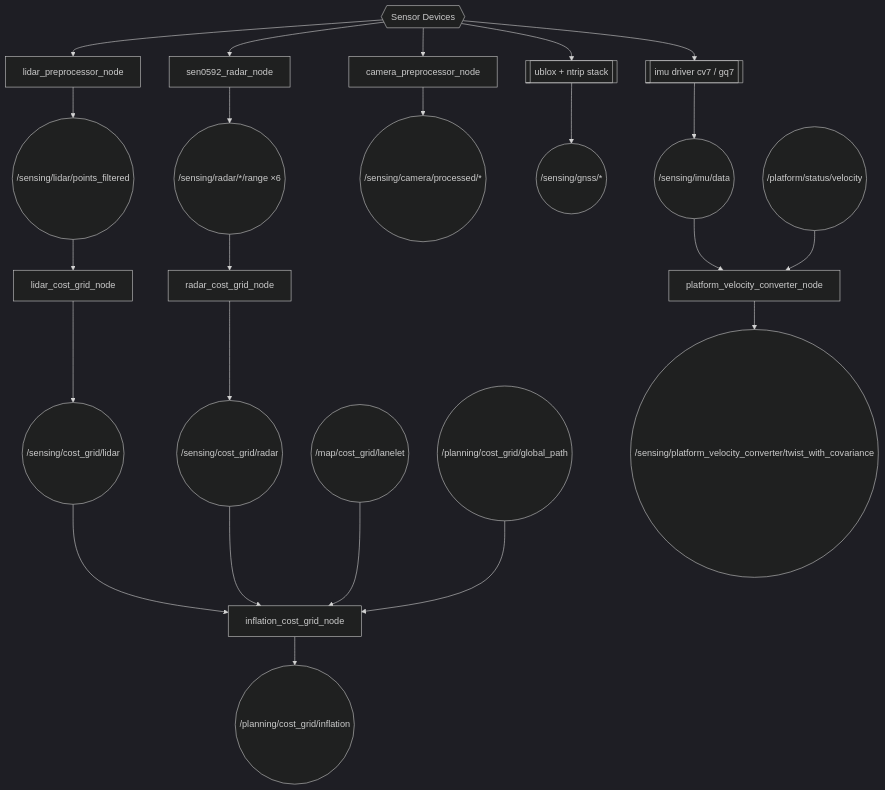
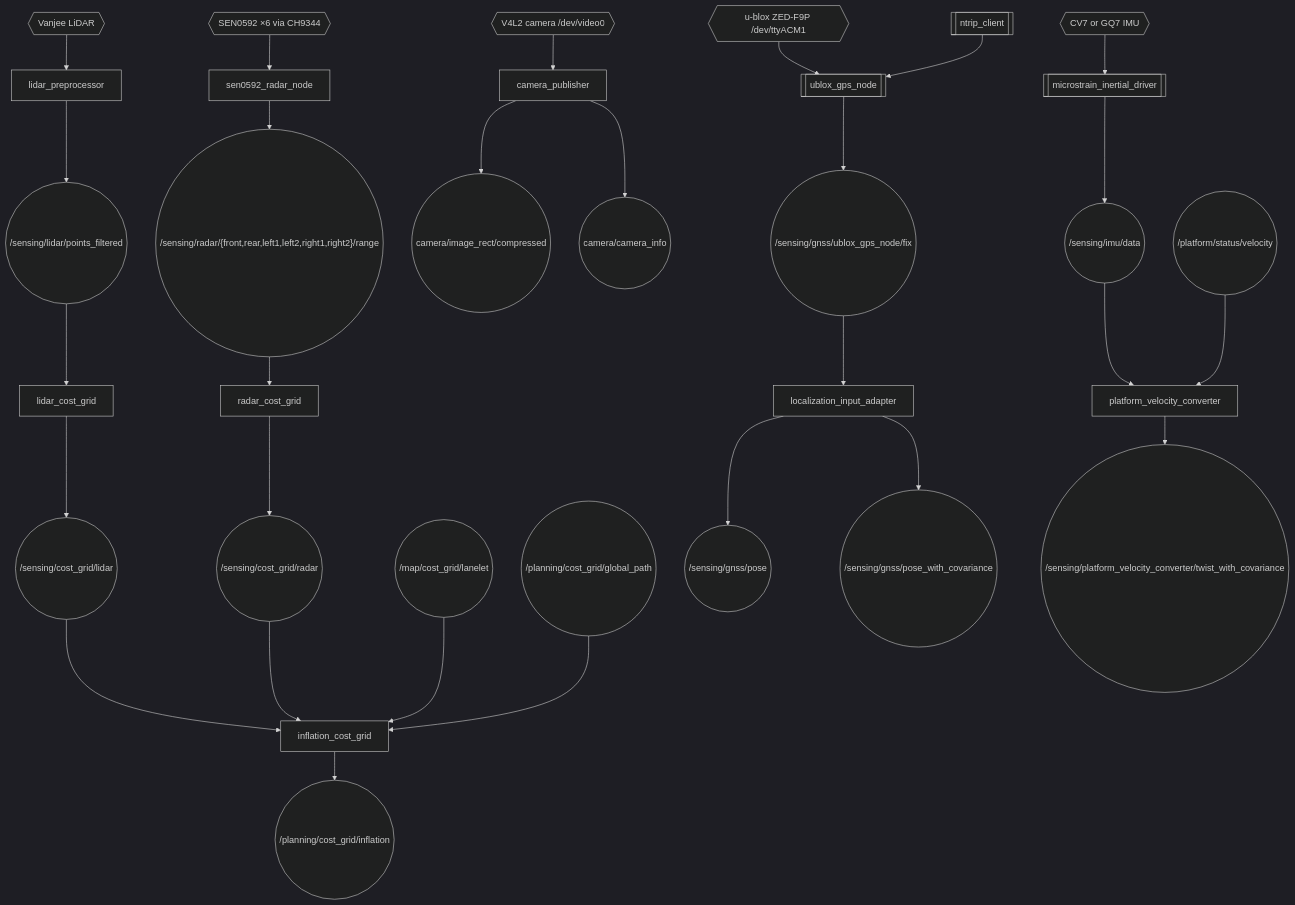
The diagram in camrod_sensing/README.md (hwanhonglee/CAMROD), drawn with Mermaid (dark theme) before and after one commit. The commit also changed other lines of this file and 15 other files, not shown here.

First line of the commit message:
docs: full README refactor — 12-section standard, diagrams, interface contracts (v1.10)

````diff
--- a/camrod_sensing/README.md
+++ b/camrod_sensing/README.md
@@ -7,30 +54,35 @@
 ```mermaid
 graph TD
-  HW{{Sensor Devices}} --> LDRV[lidar_preprocessor_node]
+  HW{{Vanjee LiDAR}} --> LDRV[lidar_preprocessor]
   LDRV --> LFLT(("/sensing/lidar/points_filtered"))
-  LFLT --> LGRID[lidar_cost_grid_node]
+  LFLT --> LGRID[lidar_cost_grid]
   LGRID --> LOUT(("/sensing/cost_grid/lidar"))
 
-  HW --> RADAR[sen0592_radar_node]
-  RADAR --> RRANGE(("/sensing/radar/*/range  ×6"))
-  RRANGE --> RGRID[radar_cost_grid_node]
+  HW2{{SEN0592 ×6 via CH9344}} --> RADAR[sen0592_radar_node]
+  RADAR --> RRANGE(("/sensing/radar/{front,rear,left1,left2,right1,right2}/range"))
+  RRANGE --> RGRID[radar_cost_grid]
   RGRID --> ROUT(("/sensing/cost_grid/radar"))
 
-  LOUT --> INFGRID[inflation_cost_grid_node]
+  LOUT --> INFGRID[inflation_cost_grid]
   ROUT --> INFGRID
   LANELET(("/map/cost_grid/lanelet")) --> INFGRID
   GPATH(("/planning/cost_grid/global_path")) --> INFGRID
   INFGRID --> MERGED(("/planning/cost_grid/inflation"))
 
-  HW --> CAM[camera_preprocessor_node]
-  CAM --> CAMOUT(("/sensing/camera/processed/*"))
+  HW3{{V4L2 camera /dev/video0}} --> CAM[camera_publisher]
+  CAM --> CAMRECT(("camera/image_rect/compressed"))
+  CAM --> CAMINFO(("camera/camera_info"))
 
-  HW --> GNSS[[ublox + ntrip stack]]
-  GNSS --> GNSSOUT(("/sensing/gnss/*"))
+  HW4{{u-blox ZED-F9P /dev/ttyACM1}} --> GNSS[[ublox_gps_node]]
+  NTRIP[[ntrip_client]] --> GNSS
+  GNSS --> FIX(("/sensing/gnss/ublox_gps_node/fix"))
+  FIX --> ADAPT[localization_input_adapter]
+  ADAPT --> GNSSPOSE(("/sensing/gnss/pose"))
+  ADAPT --> GNSSCOV(("/sensing/gnss/pose_with_covariance"))
 
-  HW --> IMU[[imu driver  cv7 / gq7]]
-  IMU --> IMUOUT(("/sensing/imu/data"))
-  IMUOUT --> VEL[platform_velocity_converter_node]
+  HW5{{CV7 or GQ7 IMU}} --> IMUDRV[[microstrain_inertial_driver]]
+  IMUDRV --> IMUOUT(("/sensing/imu/data"))
+  IMUOUT --> VEL[platform_velocity_converter]
   PLATVEL(("/platform/status/velocity")) --> VEL
   VEL --> VELOUT(("/sensing/platform_velocity_converter/twist_with_covariance"))
 ```
````
